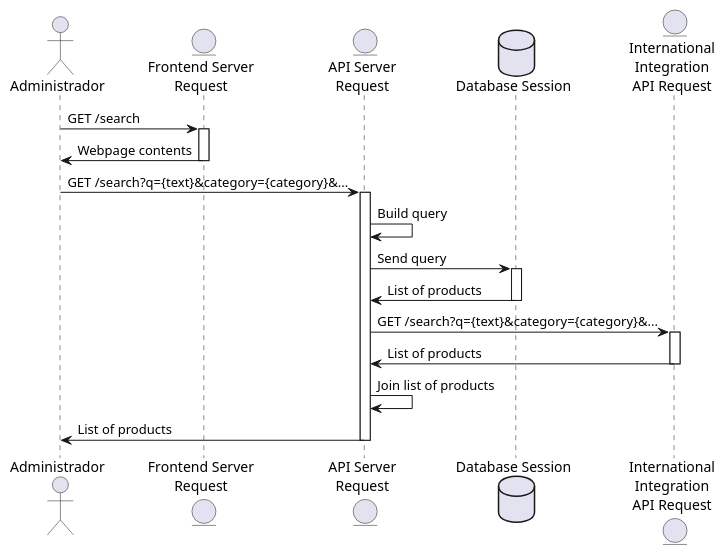
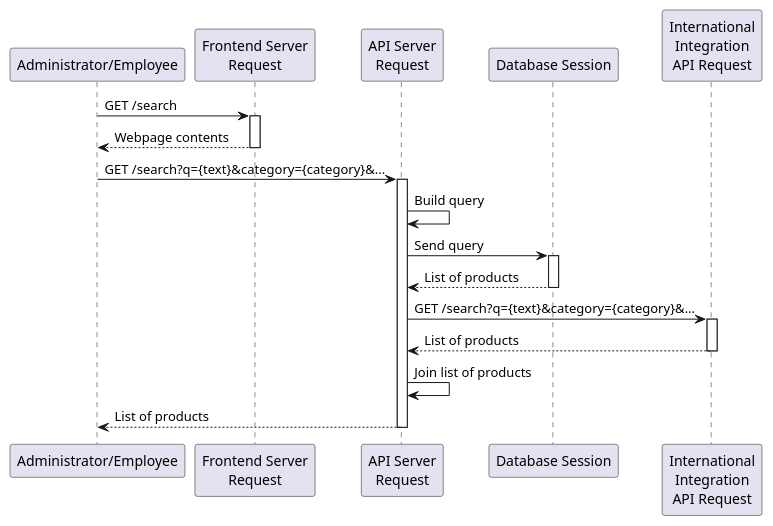
The diagram in uml/requirements/L016.wsd (wuiquique/mycelium-local), drawn with PlantUML before and after one commit. The commit also changed 13 other files, not shown here.

Commit message:
Fix sequence diagrams + convert some others

```diff
--- a/uml/requirements/L016.wsd
+++ b/uml/requirements/L016.wsd
@@ -1,28 +1,28 @@
 @startuml sequence1
 
-actor "Administrador" as user
-entity "Frontend Server\nRequest" as fe
-entity "API Server\nRequest" as api
-database "Database Session" as db
-entity "International\nIntegration\nAPI Request" as integ
+participant "Administrator/Employee" as user
+participant "Frontend Server\nRequest" as fe
+participant "API Server\nRequest" as api
+participant "Database Session" as db
+participant "International\nIntegration\nAPI Request" as integ
 
 user -> fe : GET /search
 activate fe
-fe -> user : Webpage contents
+user <-- fe : Webpage contents
 deactivate fe
 user -> api : GET /search?q={text}&category={category}&...
 activate api
 api -> api : Build query
 api -> db : Send query
 activate db
-db -> api : List of products
+api <-- db : List of products
 deactivate db
 api -> integ : GET /search?q={text}&category={category}&...
 activate integ
-integ -> api : List of products
+api <-- integ : List of products
 deactivate integ
 api -> api : Join list of products
-api -> user : List of products
+user <-- api : List of products
 deactivate api
 
 @enduml
```
